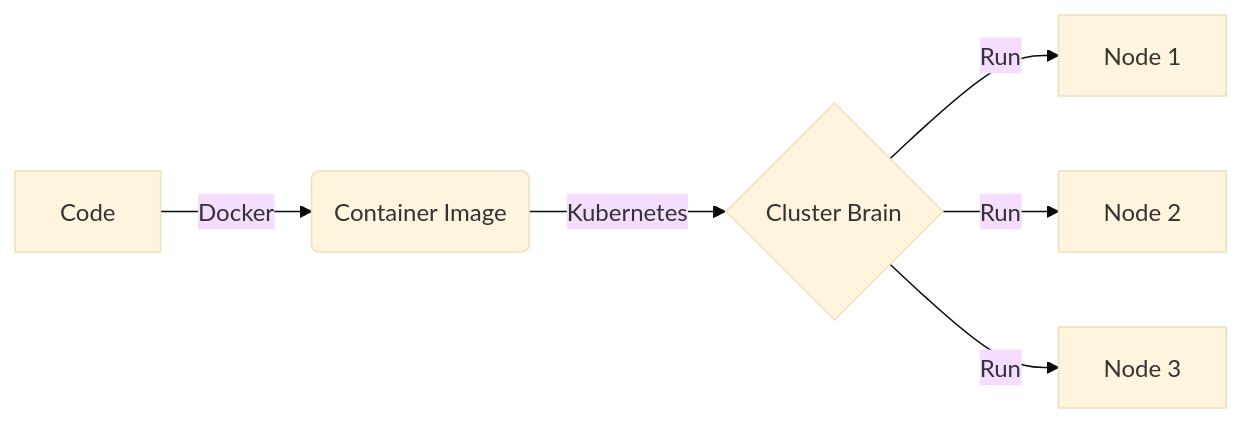
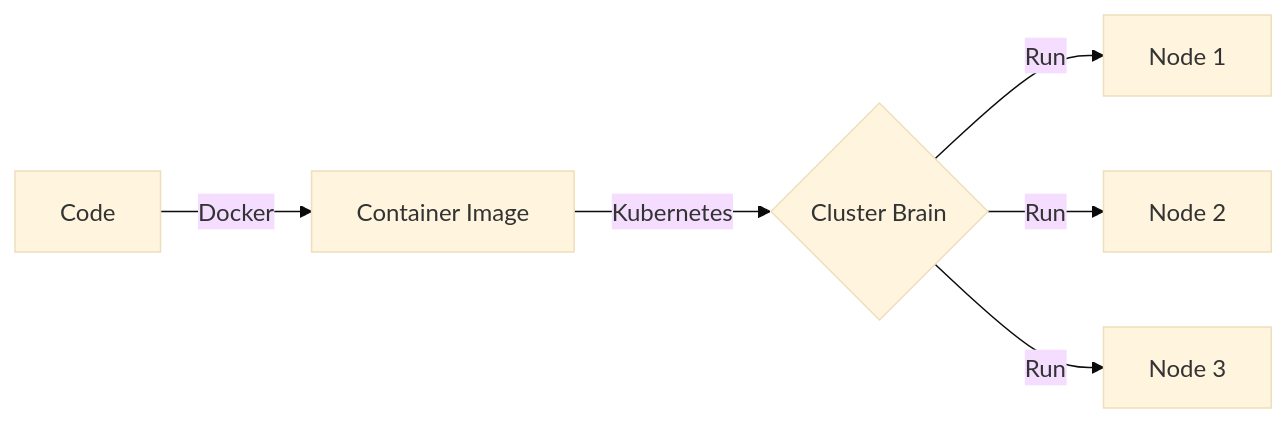
The fifth of 6 diagrams in LEARNING_LOG.md (Vedant-Kaushik/WhatsApp_Chatbot), drawn with Mermaid (base theme) before and after one commit. The commit also changed other lines of this file, not shown here.

````diff
--- a/LEARNING_LOG.md
+++ b/LEARNING_LOG.md
@@ -109,8 +109,8 @@
 ```mermaid
 graph LR
-    A["Code"] -->|Docker| B("Container Image")
+    A["Code"] -->|Docker| B["Container Image"]
     B -->|Kubernetes| C{"Cluster Brain"}
     C -->|Run| D["Node 1"]
     C -->|Run| E["Node 2"]
     C -->|Run| F["Node 3"]
 ```
````
